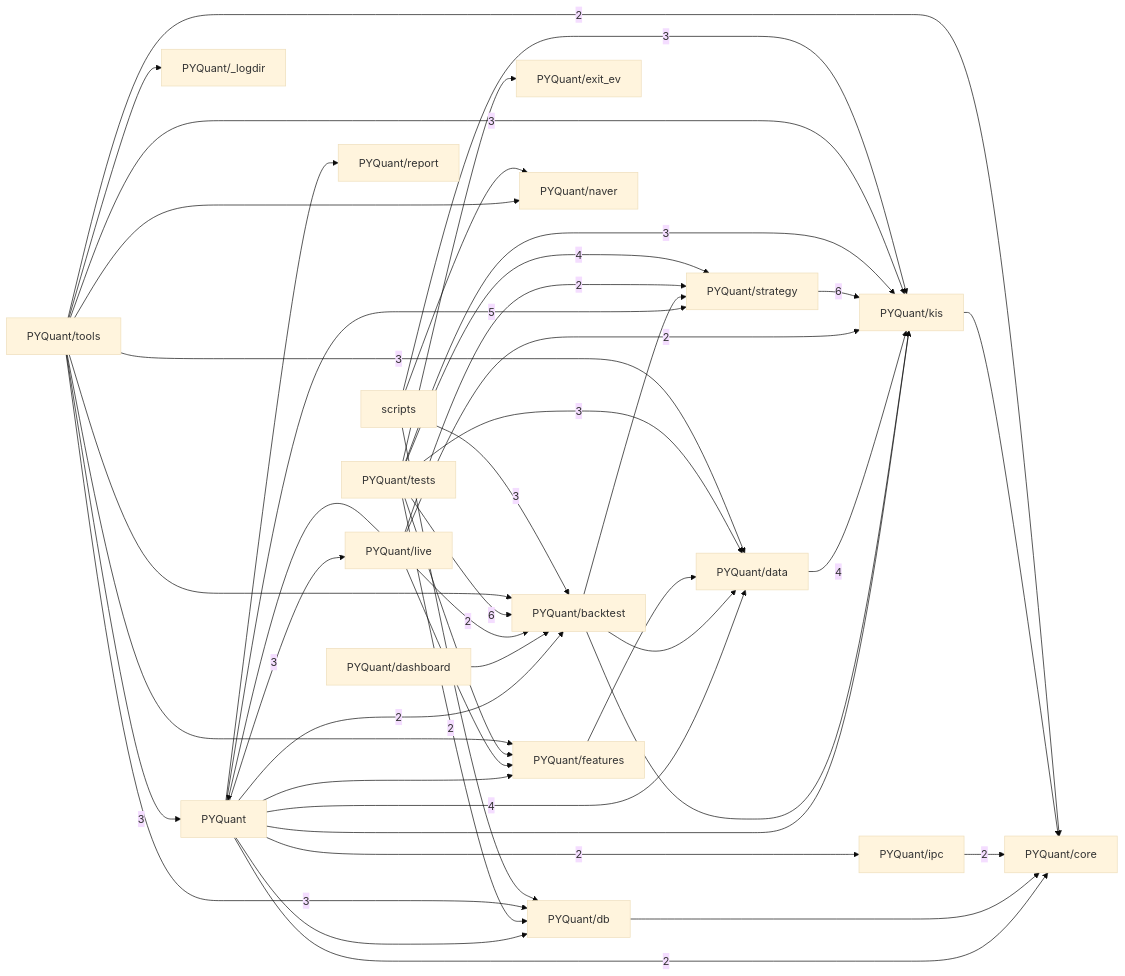
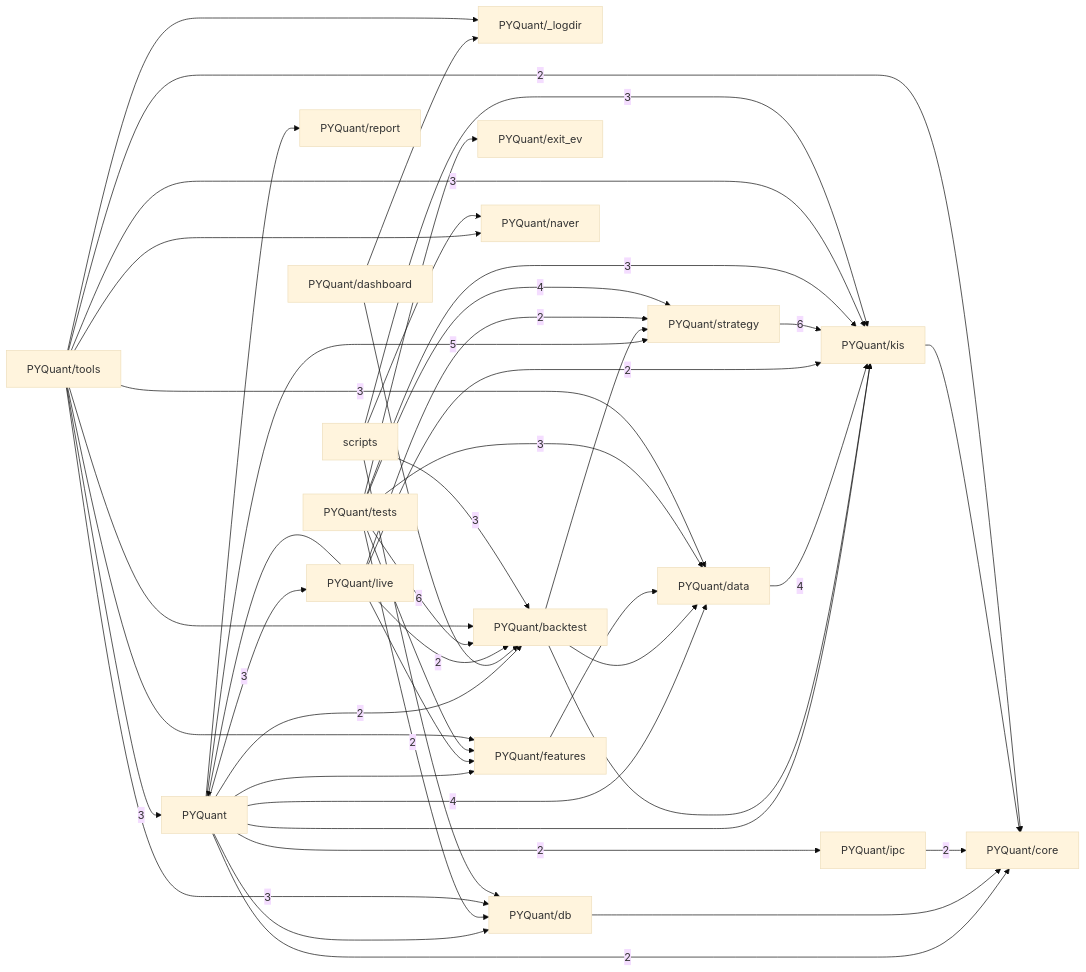
The third of 3 diagrams in docs/CODE_GRAPH.md (pypy8171/Quant), drawn with Mermaid (base theme) before and after one commit. The commit also changed other lines of this file and 12 other files, not shown here.

````diff
--- a/docs/CODE_GRAPH.md
+++ b/docs/CODE_GRAPH.md
@@ -860,66 +860,67 @@
 ```mermaid
 graph LR
   p_PYQuant["PYQuant"]
   p_PYQuant__logdir["PYQuant/_logdir"]
   p_PYQuant_backtest["PYQuant/backtest"]
   p_PYQuant_core["PYQuant/core"]
   p_PYQuant_dashboard["PYQuant/dashboard"]
   p_PYQuant_data["PYQuant/data"]
   p_PYQuant_db["PYQuant/db"]
   p_PYQuant_exit_ev["PYQuant/exit_ev"]
   p_PYQuant_features["PYQuant/features"]
   p_PYQuant_ipc["PYQuant/ipc"]
   p_PYQuant_kis["PYQuant/kis"]
   p_PYQuant_live["PYQuant/live"]
   p_PYQuant_naver["PYQuant/naver"]
   p_PYQuant_report["PYQuant/report"]
   p_PYQuant_strategy["PYQuant/strategy"]
   p_PYQuant_tests["PYQuant/tests"]
   p_PYQuant_tools["PYQuant/tools"]
   p_scripts["scripts"]
   p_PYQuant -->|2| p_PYQuant_backtest
   p_PYQuant -->|2| p_PYQuant_core
   p_PYQuant -->|4| p_PYQuant_data
   p_PYQuant --> p_PYQuant_db
   p_PYQuant --> p_PYQuant_features
   p_PYQuant -->|2| p_PYQuant_ipc
   p_PYQuant --> p_PYQuant_kis
   p_PYQuant -->|3| p_PYQuant_live
   p_PYQuant --> p_PYQuant_report
   p_PYQuant -->|5| p_PYQuant_strategy
   p_PYQuant_backtest --> p_PYQuant_data
   p_PYQuant_backtest --> p_PYQuant_kis
   p_PYQuant_backtest --> p_PYQuant_strategy
+  p_PYQuant_dashboard --> p_PYQuant__logdir
   p_PYQuant_dashboard --> p_PYQuant_backtest
   p_PYQuant_data -->|4| p_PYQuant_kis
   p_PYQuant_db --> p_PYQuant_core
   p_PYQuant_features --> p_PYQuant_data
   p_PYQuant_ipc -->|2| p_PYQuant_core
   p_PYQuant_kis --> p_PYQuant_core
   p_PYQuant_live --> p_PYQuant
   p_PYQuant_live -->|2| p_PYQuant_backtest
   p_PYQuant_live --> p_PYQuant_features
   p_PYQuant_live -->|2| p_PYQuant_kis
   p_PYQuant_live -->|2| p_PYQuant_strategy
   p_PYQuant_strategy -->|6| p_PYQuant_kis
   p_PYQuant_tests -->|6| p_PYQuant_backtest
   p_PYQuant_tests -->|3| p_PYQuant_data
   p_PYQuant_tests -->|2| p_PYQuant_db
   p_PYQuant_tests --> p_PYQuant_exit_ev
   p_PYQuant_tests --> p_PYQuant_features
   p_PYQuant_tests -->|3| p_PYQuant_kis
   p_PYQuant_tests -->|4| p_PYQuant_strategy
   p_PYQuant_tools -->|3| p_PYQuant
   p_PYQuant_tools --> p_PYQuant__logdir
   p_PYQuant_tools --> p_PYQuant_backtest
   p_PYQuant_tools -->|2| p_PYQuant_core
   p_PYQuant_tools -->|3| p_PYQuant_data
   p_PYQuant_tools -->|3| p_PYQuant_db
   p_PYQuant_tools --> p_PYQuant_features
   p_PYQuant_tools -->|3| p_PYQuant_kis
   p_PYQuant_tools --> p_PYQuant_naver
   p_scripts -->|3| p_PYQuant_backtest
   p_scripts --> p_PYQuant_db
   p_scripts -->|3| p_PYQuant_kis
   p_scripts --> p_PYQuant_naver
 ```
````
